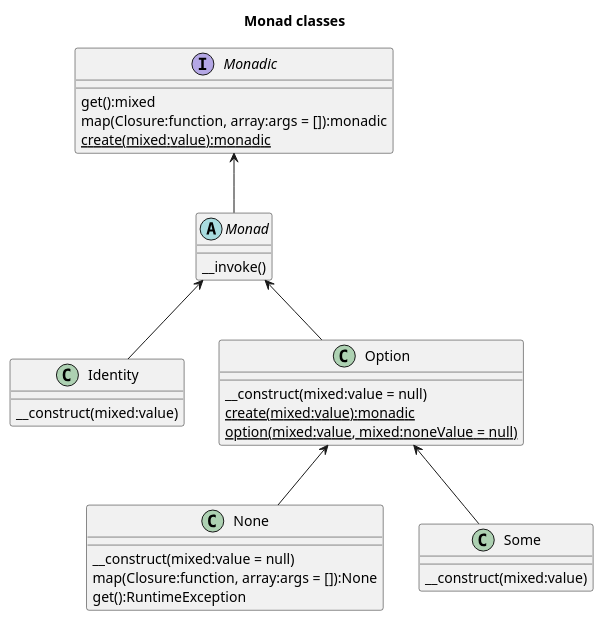
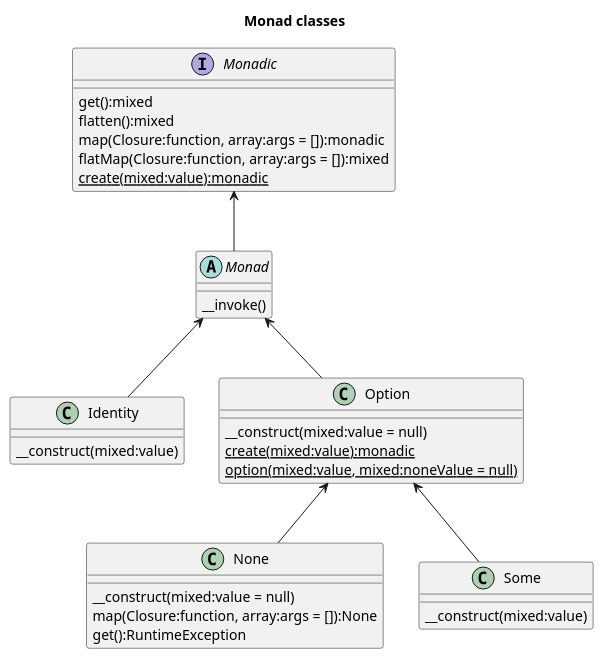
One commit to chippyash/Monad changed the diagram in docs/Monad Classes.puml. Above: the diagram before and after it, drawn with PlantUML. The commit also changed 7 other files, not shown here.

```diff
--- a/docs/Monad Classes.puml
+++ b/docs/Monad Classes.puml
@@ -1,39 +1,41 @@
 @startuml
 title Monad classes
 
 interface Monadic {
     get():mixed
+    flatten():mixed
     map(Closure:function, array:args = []):monadic
+    flatMap(Closure:function, array:args = []):mixed
     {static} create(mixed:value):monadic
 }
 
 abstract class Monad {
     __invoke()
 }
 
 class Identity {
     __construct(mixed:value)
 }
 
 class Option {
     __construct(mixed:value = null)
     {static} create(mixed:value):monadic
     {static} option(mixed:value, mixed:noneValue = null)
 }
 
 class None {
     __construct(mixed:value = null)
     map(Closure:function, array:args = []):None
     get():RuntimeException
 }
 
 class Some {
     __construct(mixed:value)
 }
 
 Monadic <-- Monad
 Monad <-- Identity
 Monad <-- Option
 Option <-- None
 Option <-- Some
 @enduml
```
